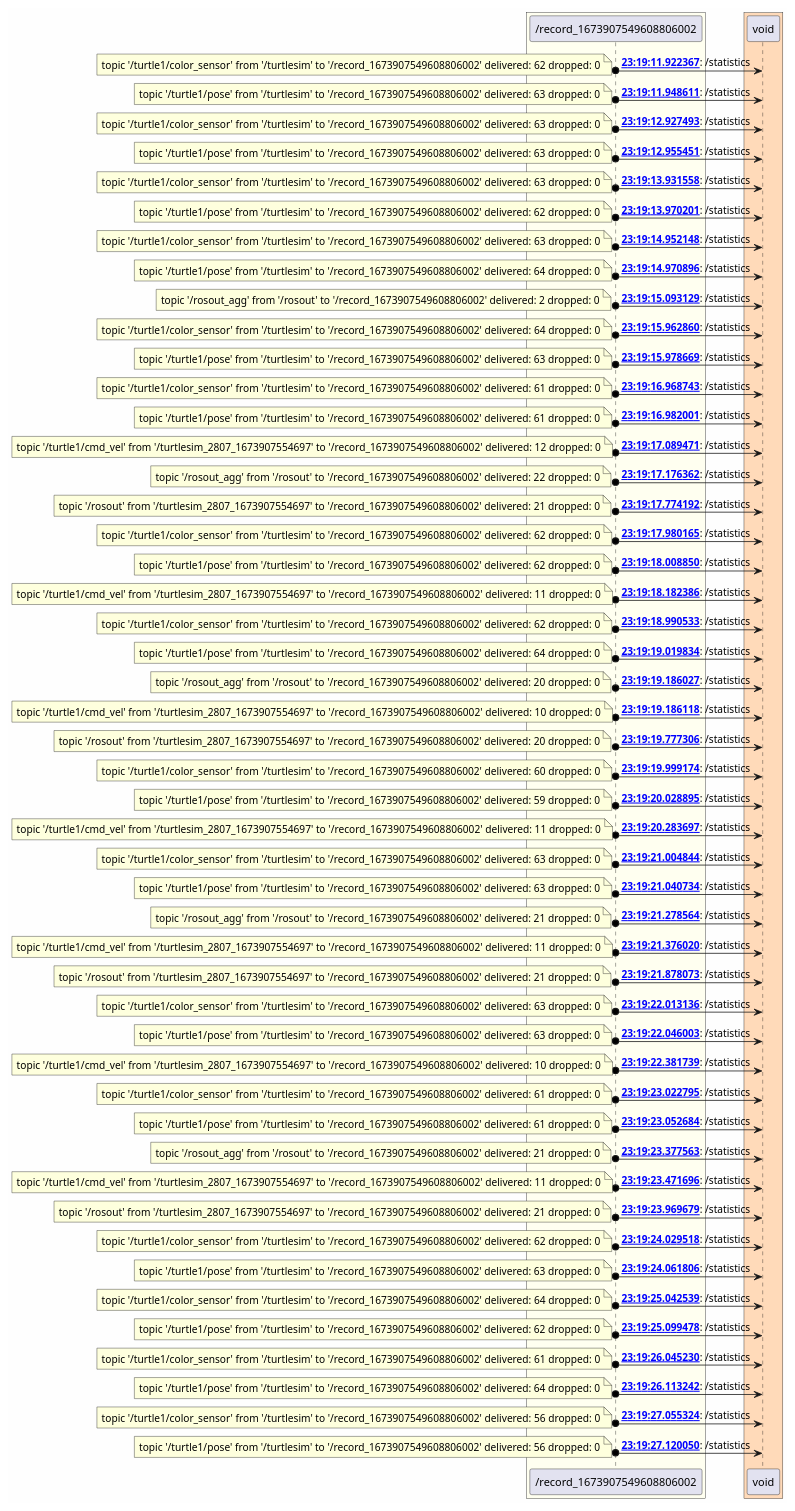
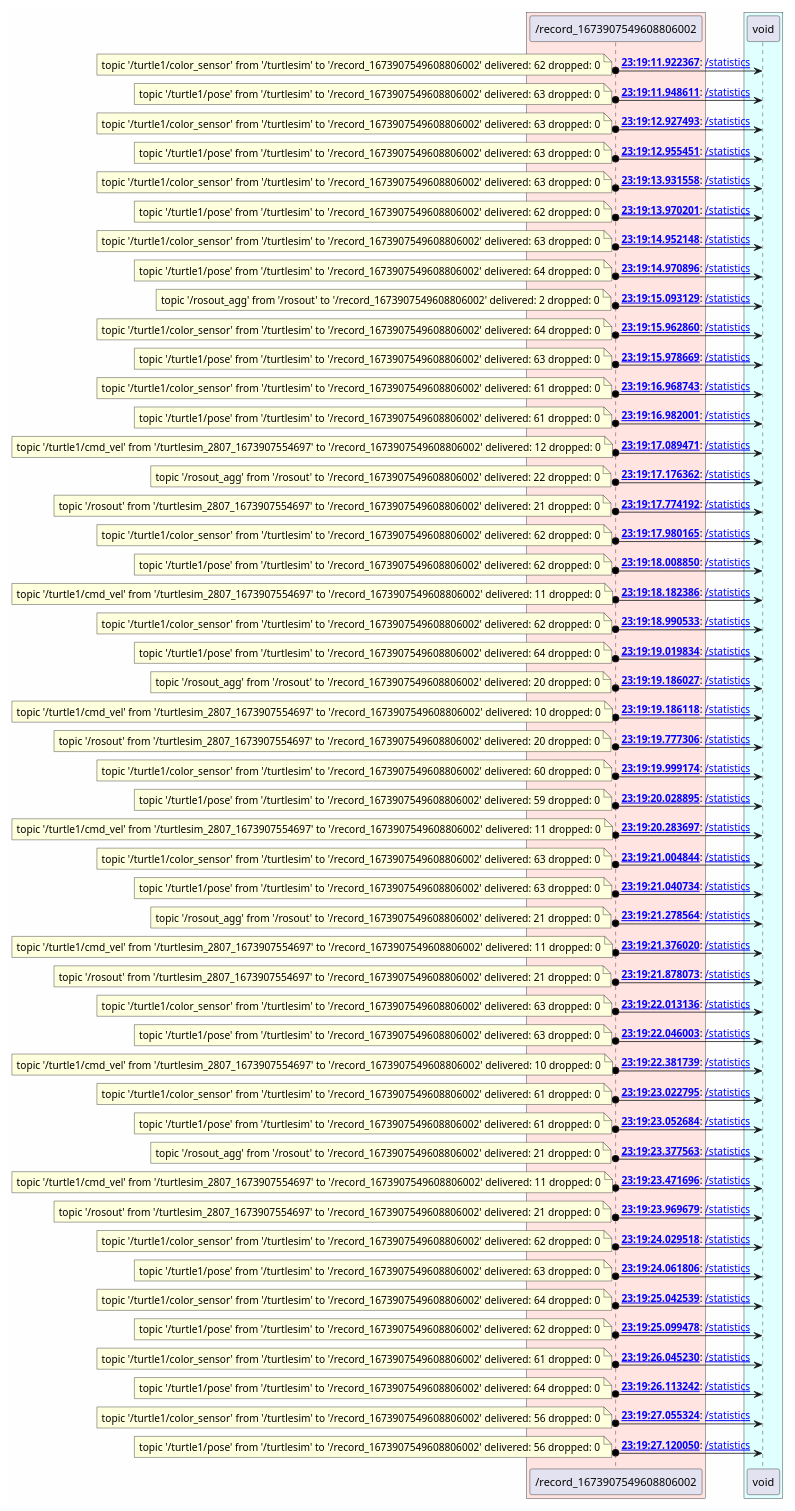
Before and after one commit to anetczuk/ros-diagram-tools: the diagram in examples/turtlesim/rosbag/out/topics/_statistics.puml, drawn with PlantUML. The commit also changed 29 other files, not shown here.

```diff
--- a/examples/turtlesim/rosbag/out/topics/_statistics.puml
+++ b/examples/turtlesim/rosbag/out/topics/_statistics.puml
@@ -2,202 +2,202 @@
 
 skinparam backgroundColor #FEFEFE
 
-box #Ivory
+box #MistyRose
     participant "/record_1673907549608806002" as _record_1673907549608806002 [[../nodes/_record_1673907549608806002.html]]
 end box
-box #PeachPuff
+box #LightCyan
     participant "void" as void [[../nodes/void.html]]
 end box
 
-_record_1673907549608806002 o-> void : **[[../msgs/0000254_msg.html {message data} 23:19:11.922367]]**: /statistics
+_record_1673907549608806002 o-> void : **[[../msgs/0000254_msg.html {message data} 23:19:11.922367]]**: [[../topics/_statistics.html {topic data} /statistics]]
 note left
 topic '/turtle1/color_sensor' from '/turtlesim' to '/record_1673907549608806002' delivered: 62 dropped: 0
 end note
-_record_1673907549608806002 o-> void : **[[../msgs/0000259_msg.html {message data} 23:19:11.948611]]**: /statistics
+_record_1673907549608806002 o-> void : **[[../msgs/0000259_msg.html {message data} 23:19:11.948611]]**: [[../topics/_statistics.html {topic data} /statistics]]
 note left
 topic '/turtle1/pose' from '/turtlesim' to '/record_1673907549608806002' delivered: 63 dropped: 0
 end note
-_record_1673907549608806002 o-> void : **[[../msgs/0000382_msg.html {message data} 23:19:12.927493]]**: /statistics
+_record_1673907549608806002 o-> void : **[[../msgs/0000382_msg.html {message data} 23:19:12.927493]]**: [[../topics/_statistics.html {topic data} /statistics]]
 note left
 topic '/turtle1/color_sensor' from '/turtlesim' to '/record_1673907549608806002' delivered: 63 dropped: 0
 end note
-_record_1673907549608806002 o-> void : **[[../msgs/0000387_msg.html {message data} 23:19:12.955451]]**: /statistics
+_record_1673907549608806002 o-> void : **[[../msgs/0000387_msg.html {message data} 23:19:12.955451]]**: [[../topics/_statistics.html {topic data} /statistics]]
 note left
 topic '/turtle1/pose' from '/turtlesim' to '/record_1673907549608806002' delivered: 63 dropped: 0
 end note
-_record_1673907549608806002 o-> void : **[[../msgs/0000510_msg.html {message data} 23:19:13.931558]]**: /statistics
+_record_1673907549608806002 o-> void : **[[../msgs/0000510_msg.html {message data} 23:19:13.931558]]**: [[../topics/_statistics.html {topic data} /statistics]]
 note left
 topic '/turtle1/color_sensor' from '/turtlesim' to '/record_1673907549608806002' delivered: 63 dropped: 0
 end note
-_record_1673907549608806002 o-> void : **[[../msgs/0000515_msg.html {message data} 23:19:13.970201]]**: /statistics
+_record_1673907549608806002 o-> void : **[[../msgs/0000515_msg.html {message data} 23:19:13.970201]]**: [[../topics/_statistics.html {topic data} /statistics]]
 note left
 topic '/turtle1/pose' from '/turtlesim' to '/record_1673907549608806002' delivered: 62 dropped: 0
 end note
-_record_1673907549608806002 o-> void : **[[../msgs/0000638_msg.html {message data} 23:19:14.952148]]**: /statistics
+_record_1673907549608806002 o-> void : **[[../msgs/0000638_msg.html {message data} 23:19:14.952148]]**: [[../topics/_statistics.html {topic data} /statistics]]
 note left
 topic '/turtle1/color_sensor' from '/turtlesim' to '/record_1673907549608806002' delivered: 63 dropped: 0
 end note
-_record_1673907549608806002 o-> void : **[[../msgs/0000643_msg.html {message data} 23:19:14.970896]]**: /statistics
+_record_1673907549608806002 o-> void : **[[../msgs/0000643_msg.html {message data} 23:19:14.970896]]**: [[../topics/_statistics.html {topic data} /statistics]]
 note left
 topic '/turtle1/pose' from '/turtlesim' to '/record_1673907549608806002' delivered: 64 dropped: 0
 end note
-_record_1673907549608806002 o-> void : **[[../msgs/0000660_msg.html {message data} 23:19:15.093129]]**: /statistics
+_record_1673907549608806002 o-> void : **[[../msgs/0000660_msg.html {message data} 23:19:15.093129]]**: [[../topics/_statistics.html {topic data} /statistics]]
 note left
 topic '/rosout_agg' from '/rosout' to '/record_1673907549608806002' delivered: 2 dropped: 0
 end note
-_record_1673907549608806002 o-> void : **[[../msgs/0000789_msg.html {message data} 23:19:15.962860]]**: /statistics
+_record_1673907549608806002 o-> void : **[[../msgs/0000789_msg.html {message data} 23:19:15.962860]]**: [[../topics/_statistics.html {topic data} /statistics]]
 note left
 topic '/turtle1/color_sensor' from '/turtlesim' to '/record_1673907549608806002' delivered: 64 dropped: 0
 end note
-_record_1673907549608806002 o-> void : **[[../msgs/0000795_msg.html {message data} 23:19:15.978669]]**: /statistics
+_record_1673907549608806002 o-> void : **[[../msgs/0000795_msg.html {message data} 23:19:15.978669]]**: [[../topics/_statistics.html {topic data} /statistics]]
 note left
 topic '/turtle1/pose' from '/turtlesim' to '/record_1673907549608806002' delivered: 63 dropped: 0
 end note
-_record_1673907549608806002 o-> void : **[[../msgs/0000943_msg.html {message data} 23:19:16.968743]]**: /statistics
+_record_1673907549608806002 o-> void : **[[../msgs/0000943_msg.html {message data} 23:19:16.968743]]**: [[../topics/_statistics.html {topic data} /statistics]]
 note left
 topic '/turtle1/color_sensor' from '/turtlesim' to '/record_1673907549608806002' delivered: 61 dropped: 0
 end note
-_record_1673907549608806002 o-> void : **[[../msgs/0000949_msg.html {message data} 23:19:16.982001]]**: /statistics
+_record_1673907549608806002 o-> void : **[[../msgs/0000949_msg.html {message data} 23:19:16.982001]]**: [[../topics/_statistics.html {topic data} /statistics]]
 note left
 topic '/turtle1/pose' from '/turtlesim' to '/record_1673907549608806002' delivered: 61 dropped: 0
 end note
-_record_1673907549608806002 o-> void : **[[../msgs/0000964_msg.html {message data} 23:19:17.089471]]**: /statistics
+_record_1673907549608806002 o-> void : **[[../msgs/0000964_msg.html {message data} 23:19:17.089471]]**: [[../topics/_statistics.html {topic data} /statistics]]
 note left
 topic '/turtle1/cmd_vel' from '/turtlesim_2807_1673907554697' to '/record_1673907549608806002' delivered: 12 dropped: 0
 end note
-_record_1673907549608806002 o-> void : **[[../msgs/0000981_msg.html {message data} 23:19:17.176362]]**: /statistics
+_record_1673907549608806002 o-> void : **[[../msgs/0000981_msg.html {message data} 23:19:17.176362]]**: [[../topics/_statistics.html {topic data} /statistics]]
 note left
 topic '/rosout_agg' from '/rosout' to '/record_1673907549608806002' delivered: 22 dropped: 0
 end note
-_record_1673907549608806002 o-> void : **[[../msgs/0001070_msg.html {message data} 23:19:17.774192]]**: /statistics
+_record_1673907549608806002 o-> void : **[[../msgs/0001070_msg.html {message data} 23:19:17.774192]]**: [[../topics/_statistics.html {topic data} /statistics]]
 note left
 topic '/rosout' from '/turtlesim_2807_1673907554697' to '/record_1673907549608806002' delivered: 21 dropped: 0
 end note
-_record_1673907549608806002 o-> void : **[[../msgs/0001105_msg.html {message data} 23:19:17.980165]]**: /statistics
+_record_1673907549608806002 o-> void : **[[../msgs/0001105_msg.html {message data} 23:19:17.980165]]**: [[../topics/_statistics.html {topic data} /statistics]]
 note left
 topic '/turtle1/color_sensor' from '/turtlesim' to '/record_1673907549608806002' delivered: 62 dropped: 0
 end note
-_record_1673907549608806002 o-> void : **[[../msgs/0001108_msg.html {message data} 23:19:18.008850]]**: /statistics
+_record_1673907549608806002 o-> void : **[[../msgs/0001108_msg.html {message data} 23:19:18.008850]]**: [[../topics/_statistics.html {topic data} /statistics]]
 note left
 topic '/turtle1/pose' from '/turtlesim' to '/record_1673907549608806002' delivered: 62 dropped: 0
 end note
-_record_1673907549608806002 o-> void : **[[../msgs/0001137_msg.html {message data} 23:19:18.182386]]**: /statistics
+_record_1673907549608806002 o-> void : **[[../msgs/0001137_msg.html {message data} 23:19:18.182386]]**: [[../topics/_statistics.html {topic data} /statistics]]
 note left
 topic '/turtle1/cmd_vel' from '/turtlesim_2807_1673907554697' to '/record_1673907549608806002' delivered: 11 dropped: 0
 end note
-_record_1673907549608806002 o-> void : **[[../msgs/0001263_msg.html {message data} 23:19:18.990533]]**: /statistics
+_record_1673907549608806002 o-> void : **[[../msgs/0001263_msg.html {message data} 23:19:18.990533]]**: [[../topics/_statistics.html {topic data} /statistics]]
 note left
 topic '/turtle1/color_sensor' from '/turtlesim' to '/record_1673907549608806002' delivered: 62 dropped: 0
 end note
-_record_1673907549608806002 o-> void : **[[../msgs/0001269_msg.html {message data} 23:19:19.019834]]**: /statistics
+_record_1673907549608806002 o-> void : **[[../msgs/0001269_msg.html {message data} 23:19:19.019834]]**: [[../topics/_statistics.html {topic data} /statistics]]
 note left
 topic '/turtle1/pose' from '/turtlesim' to '/record_1673907549608806002' delivered: 64 dropped: 0
 end note
-_record_1673907549608806002 o-> void : **[[../msgs/0001292_msg.html {message data} 23:19:19.186027]]**: /statistics
+_record_1673907549608806002 o-> void : **[[../msgs/0001292_msg.html {message data} 23:19:19.186027]]**: [[../topics/_statistics.html {topic data} /statistics]]
 note left
 topic '/rosout_agg' from '/rosout' to '/record_1673907549608806002' delivered: 20 dropped: 0
 end note
-_record_1673907549608806002 o-> void : **[[../msgs/0001293_msg.html {message data} 23:19:19.186118]]**: /statistics
+_record_1673907549608806002 o-> void : **[[../msgs/0001293_msg.html {message data} 23:19:19.186118]]**: [[../topics/_statistics.html {topic data} /statistics]]
 note left
 topic '/turtle1/cmd_vel' from '/turtlesim_2807_1673907554697' to '/record_1673907549608806002' delivered: 10 dropped: 0
 end note
-_record_1673907549608806002 o-> void : **[[../msgs/0001380_msg.html {message data} 23:19:19.777306]]**: /statistics
+_record_1673907549608806002 o-> void : **[[../msgs/0001380_msg.html {message data} 23:19:19.777306]]**: [[../topics/_statistics.html {topic data} /statistics]]
 note left
 topic '/rosout' from '/turtlesim_2807_1673907554697' to '/record_1673907549608806002' delivered: 20 dropped: 0
 end note
-_record_1673907549608806002 o-> void : **[[../msgs/0001417_msg.html {message data} 23:19:19.999174]]**: /statistics
+_record_1673907549608806002 o-> void : **[[../msgs/0001417_msg.html {message data} 23:19:19.999174]]**: [[../topics/_statistics.html {topic data} /statistics]]
 note left
 topic '/turtle1/color_sensor' from '/turtlesim' to '/record_1673907549608806002' delivered: 60 dropped: 0
 end note
-_record_1673907549608806002 o-> void : **[[../msgs/0001422_msg.html {message data} 23:19:20.028895]]**: /statistics
+_record_1673907549608806002 o-> void : **[[../msgs/0001422_msg.html {message data} 23:19:20.028895]]**: [[../topics/_statistics.html {topic data} /statistics]]
 note left
 topic '/turtle1/pose' from '/turtlesim' to '/record_1673907549608806002' delivered: 59 dropped: 0
 end note
-_record_1673907549608806002 o-> void : **[[../msgs/0001460_msg.html {message data} 23:19:20.283697]]**: /statistics
+_record_1673907549608806002 o-> void : **[[../msgs/0001460_msg.html {message data} 23:19:20.283697]]**: [[../topics/_statistics.html {topic data} /statistics]]
 note left
 topic '/turtle1/cmd_vel' from '/turtlesim_2807_1673907554697' to '/record_1673907549608806002' delivered: 11 dropped: 0
 end note
-_record_1673907549608806002 o-> void : **[[../msgs/0001576_msg.html {message data} 23:19:21.004844]]**: /statistics
+_record_1673907549608806002 o-> void : **[[../msgs/0001576_msg.html {message data} 23:19:21.004844]]**: [[../topics/_statistics.html {topic data} /statistics]]
 note left
 topic '/turtle1/color_sensor' from '/turtlesim' to '/record_1673907549608806002' delivered: 63 dropped: 0
 end note
-_record_1673907549608806002 o-> void : **[[../msgs/0001581_msg.html {message data} 23:19:21.040734]]**: /statistics
+_record_1673907549608806002 o-> void : **[[../msgs/0001581_msg.html {message data} 23:19:21.040734]]**: [[../topics/_statistics.html {topic data} /statistics]]
 note left
 topic '/turtle1/pose' from '/turtlesim' to '/record_1673907549608806002' delivered: 63 dropped: 0
 end note
-_record_1673907549608806002 o-> void : **[[../msgs/0001621_msg.html {message data} 23:19:21.278564]]**: /statistics
+_record_1673907549608806002 o-> void : **[[../msgs/0001621_msg.html {message data} 23:19:21.278564]]**: [[../topics/_statistics.html {topic data} /statistics]]
 note left
 topic '/rosout_agg' from '/rosout' to '/record_1673907549608806002' delivered: 21 dropped: 0
 end note
-_record_1673907549608806002 o-> void : **[[../msgs/0001637_msg.html {message data} 23:19:21.376020]]**: /statistics
+_record_1673907549608806002 o-> void : **[[../msgs/0001637_msg.html {message data} 23:19:21.376020]]**: [[../topics/_statistics.html {topic data} /statistics]]
 note left
 topic '/turtle1/cmd_vel' from '/turtlesim_2807_1673907554697' to '/record_1673907549608806002' delivered: 11 dropped: 0
 end note
-_record_1673907549608806002 o-> void : **[[../msgs/0001715_msg.html {message data} 23:19:21.878073]]**: /statistics
+_record_1673907549608806002 o-> void : **[[../msgs/0001715_msg.html {message data} 23:19:21.878073]]**: [[../topics/_statistics.html {topic data} /statistics]]
 note left
 topic '/rosout' from '/turtlesim_2807_1673907554697' to '/record_1673907549608806002' delivered: 21 dropped: 0
 end note
-_record_1673907549608806002 o-> void : **[[../msgs/0001737_msg.html {message data} 23:19:22.013136]]**: /statistics
+_record_1673907549608806002 o-> void : **[[../msgs/0001737_msg.html {message data} 23:19:22.013136]]**: [[../topics/_statistics.html {topic data} /statistics]]
 note left
 topic '/turtle1/color_sensor' from '/turtlesim' to '/record_1673907549608806002' delivered: 63 dropped: 0
 end note
-_record_1673907549608806002 o-> void : **[[../msgs/0001742_msg.html {message data} 23:19:22.046003]]**: /statistics
+_record_1673907549608806002 o-> void : **[[../msgs/0001742_msg.html {message data} 23:19:22.046003]]**: [[../topics/_statistics.html {topic data} /statistics]]
 note left
 topic '/turtle1/pose' from '/turtlesim' to '/record_1673907549608806002' delivered: 63 dropped: 0
 end note
-_record_1673907549608806002 o-> void : **[[../msgs/0001793_msg.html {message data} 23:19:22.381739]]**: /statistics
+_record_1673907549608806002 o-> void : **[[../msgs/0001793_msg.html {message data} 23:19:22.381739]]**: [[../topics/_statistics.html {topic data} /statistics]]
 note left
 topic '/turtle1/cmd_vel' from '/turtlesim_2807_1673907554697' to '/record_1673907549608806002' delivered: 10 dropped: 0
 end note
-_record_1673907549608806002 o-> void : **[[../msgs/0001892_msg.html {message data} 23:19:23.022795]]**: /statistics
+_record_1673907549608806002 o-> void : **[[../msgs/0001892_msg.html {message data} 23:19:23.022795]]**: [[../topics/_statistics.html {topic data} /statistics]]
 note left
 topic '/turtle1/color_sensor' from '/turtlesim' to '/record_1673907549608806002' delivered: 61 dropped: 0
 end note
-_record_1673907549608806002 o-> void : **[[../msgs/0001897_msg.html {message data} 23:19:23.052684]]**: /statistics
+_record_1673907549608806002 o-> void : **[[../msgs/0001897_msg.html {message data} 23:19:23.052684]]**: [[../topics/_statistics.html {topic data} /statistics]]
 note left
 topic '/turtle1/pose' from '/turtlesim' to '/record_1673907549608806002' delivered: 61 dropped: 0
 end note
-_record_1673907549608806002 o-> void : **[[../msgs/0001950_msg.html {message data} 23:19:23.377563]]**: /statistics
+_record_1673907549608806002 o-> void : **[[../msgs/0001950_msg.html {message data} 23:19:23.377563]]**: [[../topics/_statistics.html {topic data} /statistics]]
 note left
 topic '/rosout_agg' from '/rosout' to '/record_1673907549608806002' delivered: 21 dropped: 0
 end note
-_record_1673907549608806002 o-> void : **[[../msgs/0001966_msg.html {message data} 23:19:23.471696]]**: /statistics
+_record_1673907549608806002 o-> void : **[[../msgs/0001966_msg.html {message data} 23:19:23.471696]]**: [[../topics/_statistics.html {topic data} /statistics]]
 note left
 topic '/turtle1/cmd_vel' from '/turtlesim_2807_1673907554697' to '/record_1673907549608806002' delivered: 11 dropped: 0
 end note
-_record_1673907549608806002 o-> void : **[[../msgs/0002043_msg.html {message data} 23:19:23.969679]]**: /statistics
+_record_1673907549608806002 o-> void : **[[../msgs/0002043_msg.html {message data} 23:19:23.969679]]**: [[../topics/_statistics.html {topic data} /statistics]]
 note left
 topic '/rosout' from '/turtlesim_2807_1673907554697' to '/record_1673907549608806002' delivered: 21 dropped: 0
 end note
-_record_1673907549608806002 o-> void : **[[../msgs/0002053_msg.html {message data} 23:19:24.029518]]**: /statistics
+_record_1673907549608806002 o-> void : **[[../msgs/0002053_msg.html {message data} 23:19:24.029518]]**: [[../topics/_statistics.html {topic data} /statistics]]
 note left
 topic '/turtle1/color_sensor' from '/turtlesim' to '/record_1673907549608806002' delivered: 62 dropped: 0
 end note
-_record_1673907549608806002 o-> void : **[[../msgs/0002058_msg.html {message data} 23:19:24.061806]]**: /statistics
+_record_1673907549608806002 o-> void : **[[../msgs/0002058_msg.html {message data} 23:19:24.061806]]**: [[../topics/_statistics.html {topic data} /statistics]]
 note left
 topic '/turtle1/pose' from '/turtlesim' to '/record_1673907549608806002' delivered: 63 dropped: 0
 end note
-_record_1673907549608806002 o-> void : **[[../msgs/0002187_msg.html {message data} 23:19:25.042539]]**: /statistics
+_record_1673907549608806002 o-> void : **[[../msgs/0002187_msg.html {message data} 23:19:25.042539]]**: [[../topics/_statistics.html {topic data} /statistics]]
 note left
 topic '/turtle1/color_sensor' from '/turtlesim' to '/record_1673907549608806002' delivered: 64 dropped: 0
 end note
-_record_1673907549608806002 o-> void : **[[../msgs/0002190_msg.html {message data} 23:19:25.099478]]**: /statistics
+_record_1673907549608806002 o-> void : **[[../msgs/0002190_msg.html {message data} 23:19:25.099478]]**: [[../topics/_statistics.html {topic data} /statistics]]
 note left
 topic '/turtle1/pose' from '/turtlesim' to '/record_1673907549608806002' delivered: 62 dropped: 0
 end note
-_record_1673907549608806002 o-> void : **[[../msgs/0002311_msg.html {message data} 23:19:26.045230]]**: /statistics
+_record_1673907549608806002 o-> void : **[[../msgs/0002311_msg.html {message data} 23:19:26.045230]]**: [[../topics/_statistics.html {topic data} /statistics]]
 note left
 topic '/turtle1/color_sensor' from '/turtlesim' to '/record_1673907549608806002' delivered: 61 dropped: 0
 end note
-_record_1673907549608806002 o-> void : **[[../msgs/0002320_msg.html {message data} 23:19:26.113242]]**: /statistics
+_record_1673907549608806002 o-> void : **[[../msgs/0002320_msg.html {message data} 23:19:26.113242]]**: [[../topics/_statistics.html {topic data} /statistics]]
 note left
 topic '/turtle1/pose' from '/turtlesim' to '/record_1673907549608806002' delivered: 64 dropped: 0
 end note
-_record_1673907549608806002 o-> void : **[[../msgs/0002425_msg.html {message data} 23:19:27.055324]]**: /statistics
+_record_1673907549608806002 o-> void : **[[../msgs/0002425_msg.html {message data} 23:19:27.055324]]**: [[../topics/_statistics.html {topic data} /statistics]]
 note left
 topic '/turtle1/color_sensor' from '/turtlesim' to '/record_1673907549608806002' delivered: 56 dropped: 0
 end note
-_record_1673907549608806002 o-> void : **[[../msgs/0002434_msg.html {message data} 23:19:27.120050]]**: /statistics
+_record_1673907549608806002 o-> void : **[[../msgs/0002434_msg.html {message data} 23:19:27.120050]]**: [[../topics/_statistics.html {topic data} /statistics]]
 note left
 topic '/turtle1/pose' from '/turtlesim' to '/record_1673907549608806002' delivered: 56 dropped: 0
 end note
```
